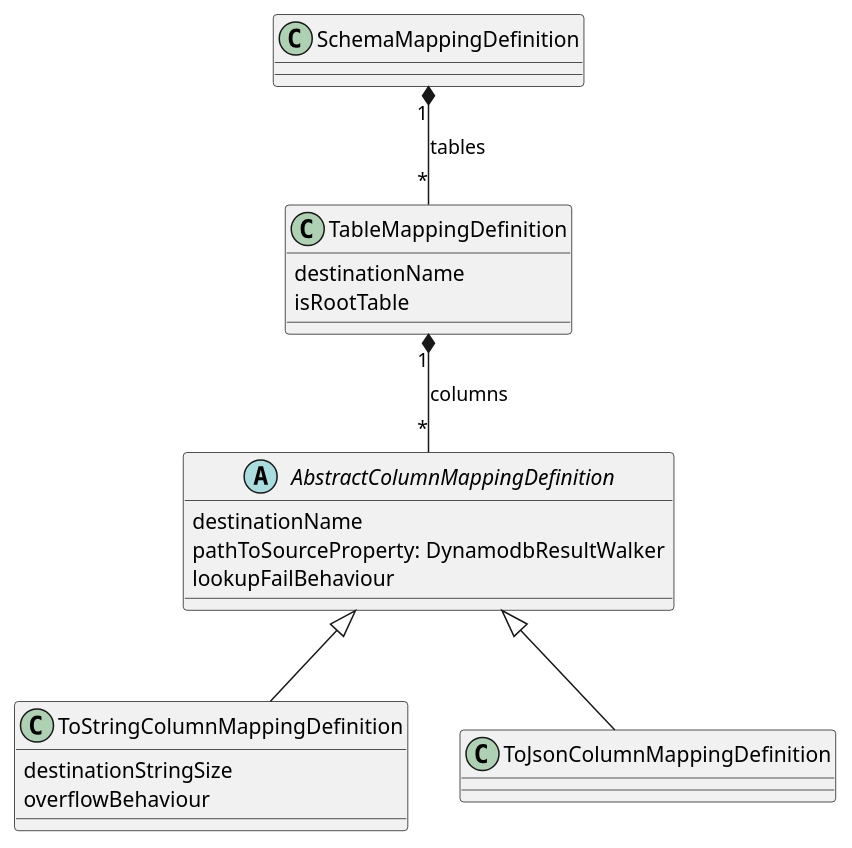
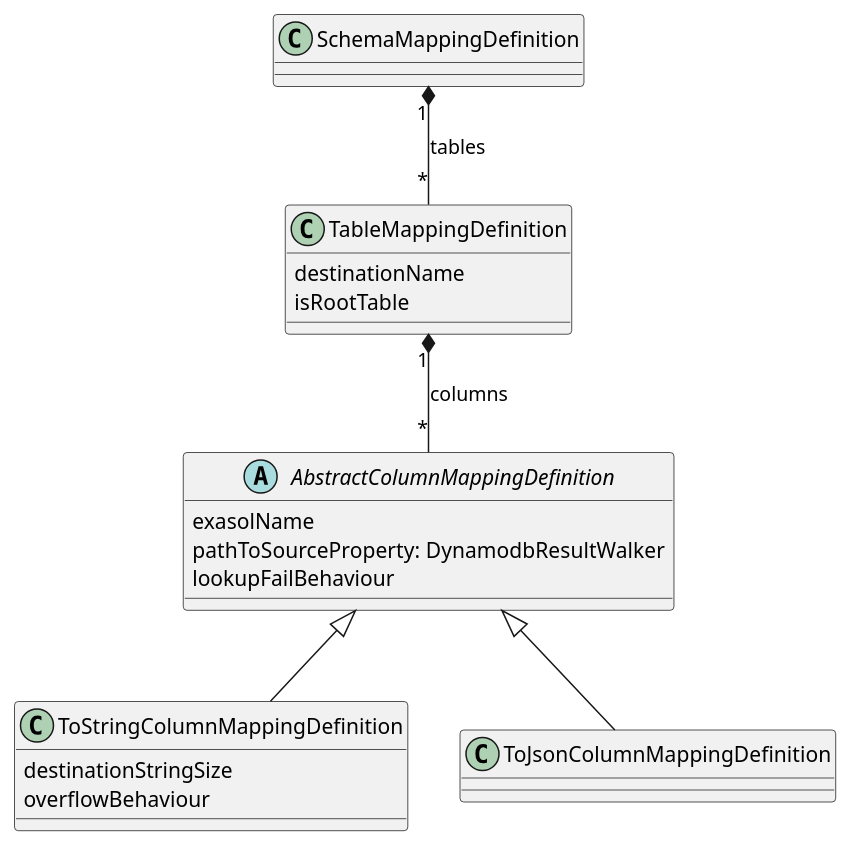
The diagram in doc/diagrams/mappingDefinition.puml (exasol/dynamodb-virtual-schema), drawn with PlantUML before and after one commit. The commit also changed 31 other files, not shown here.

```diff
--- a/doc/diagrams/mappingDefinition.puml
+++ b/doc/diagrams/mappingDefinition.puml
@@ -1,31 +1,31 @@
 @startuml
 class SchemaMappingDefinition{
 
 }
 
 class TableMappingDefinition {
 destinationName
 isRootTable
 }
 
 abstract class AbstractColumnMappingDefinition {
-destinationName
+exasolName
 pathToSourceProperty: DynamodbResultWalker
 lookupFailBehaviour
 }
 
 class ToStringColumnMappingDefinition {
 destinationStringSize
 overflowBehaviour
 }
 
 class ToJsonColumnMappingDefinition {
 
 }
 
 
 SchemaMappingDefinition "1" *-- "*" TableMappingDefinition: tables
 TableMappingDefinition "1" *-- "*" AbstractColumnMappingDefinition: columns
 AbstractColumnMappingDefinition <|-- ToStringColumnMappingDefinition
 AbstractColumnMappingDefinition <|-- ToJsonColumnMappingDefinition
 @enduml 
```
